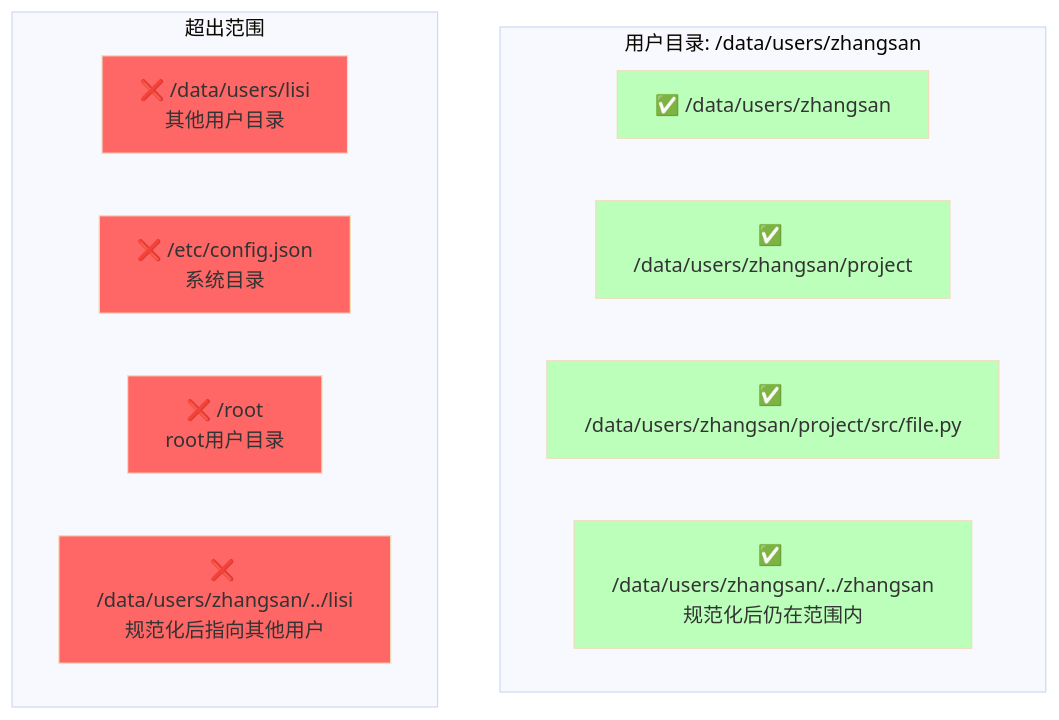
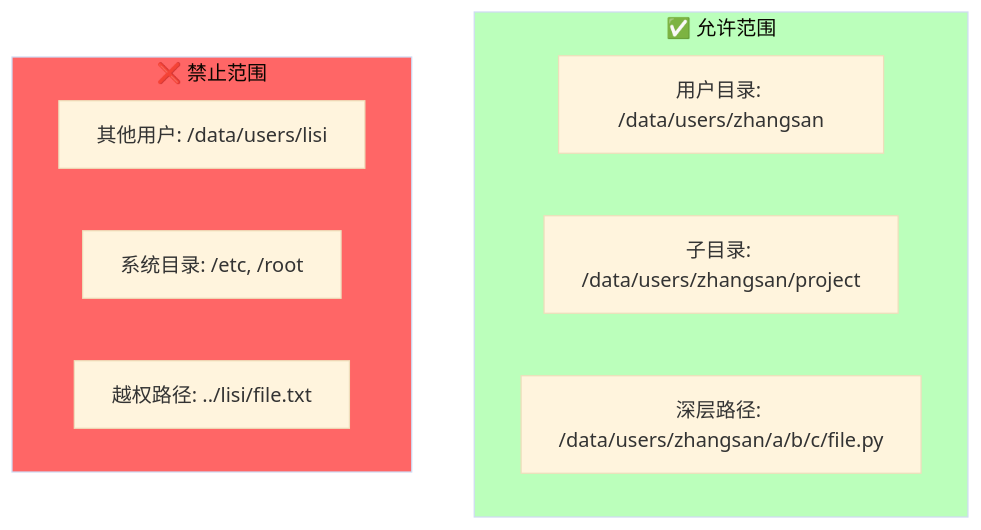
Diagram 26 of 37 in agent/agent_project_design_1.md (xiaocaipi/mm-doc), drawn with Mermaid (base theme) before and after one commit. The commit also changed other lines of this file, not shown here.

````diff
--- a/agent/agent_project_design_1.md
+++ b/agent/agent_project_design_1.md
@@ -1492,25 +1400,17 @@
 ```mermaid
 graph TB
-    subgraph USER_DIR["用户目录: /data/users/zhangsan"]
-        D1["✅ /data/users/zhangsan"]
-        D2["✅ /data/users/zhangsan/project"]
-        D3["✅ /data/users/zhangsan/project/src/file.py"]
-        D4["✅ /data/users/zhangsan/../zhangsan<br/>规范化后仍在范围内"]
+    subgraph ALLOWED["✅ 允许范围"]
+        A1["用户目录: /data/users/zhangsan"]
+        A2["子目录: /data/users/zhangsan/project"]
+        A3["深层路径: /data/users/zhangsan/a/b/c/file.py"]
     end
     
-    subgraph OUT_OF_DIR["超出范围"]
-        O1["❌ /data/users/lisi<br/>其他用户目录"]
-        O2["❌ /etc/config.json<br/>系统目录"]
-        O3["❌ /root<br/>root用户目录"]
-        O4["❌ /data/users/zhangsan/../lisi<br/>规范化后指向其他用户"]
+    subgraph DENIED["❌ 禁止范围"]
+        D1["其他用户: /data/users/lisi"]
+        D2["系统目录: /etc, /root"]
+        D3["越权路径: ../lisi/file.txt"]
     end
     
-    style D1 fill:#bfb
-    style D2 fill:#bfb
-    style D3 fill:#bfb
-    style D4 fill:#bfb
-    style O1 fill:#f66
-    style O2 fill:#f66
-    style O3 fill:#f66
-    style O4 fill:#f66
+    style ALLOWED fill:#bfb
+    style DENIED fill:#f66
 ```
````
